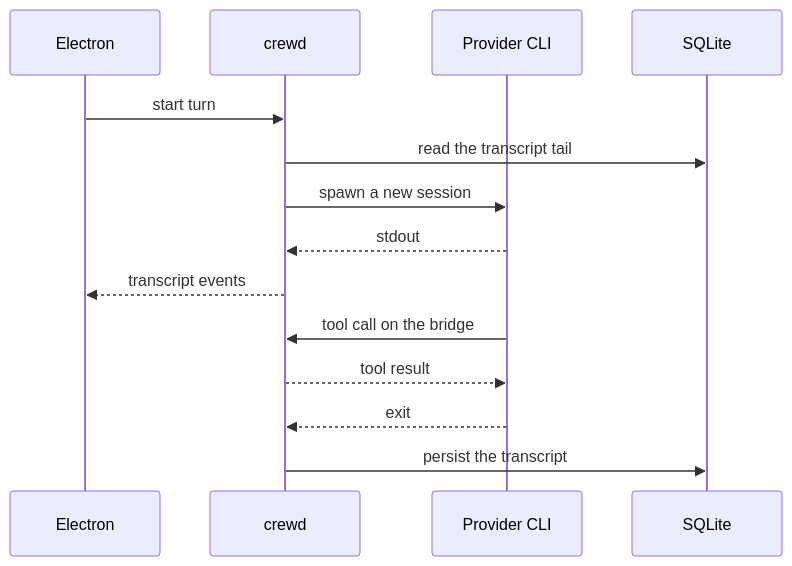
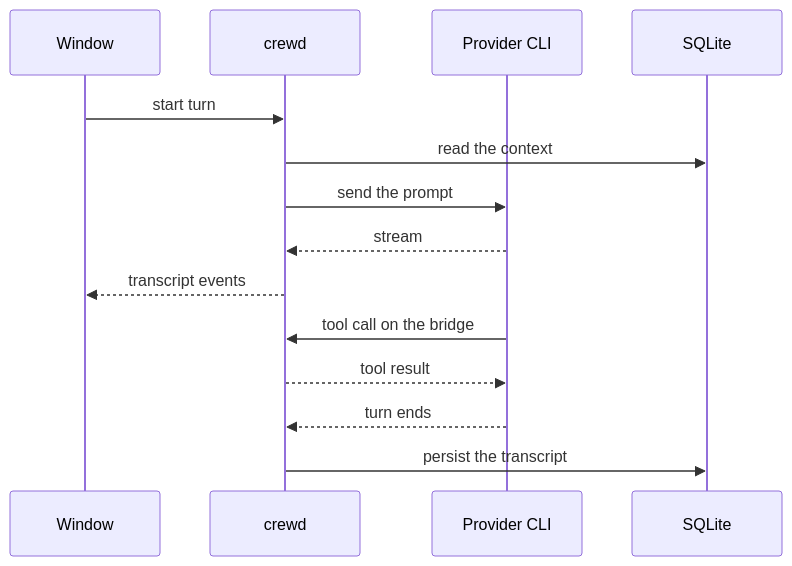
The third of 6 diagrams in docs/ARCHITECTURE.md (rogazth/crew), drawn with Mermaid before and after one commit. The commit also changed other lines of this file, not shown here.

Commit message:
docs: trim the architecture notes to the architecture and its diagrams

````diff
--- a/docs/ARCHITECTURE.md
+++ b/docs/ARCHITECTURE.md
@@ -78,17 +81,17 @@
 ```mermaid
 sequenceDiagram
-  participant UI as Electron
+  participant UI as Window
   participant D as crewd
   participant CLI as Provider CLI
   participant DB as SQLite
 
   UI->>D: start turn
-  D->>DB: read the transcript tail
-  D->>CLI: spawn a new session
-  CLI-->>D: stdout
+  D->>DB: read the context
+  D->>CLI: send the prompt
+  CLI-->>D: stream
   D-->>UI: transcript events
   CLI->>D: tool call on the bridge
   D-->>CLI: tool result
-  CLI-->>D: exit
+  CLI-->>D: turn ends
   D->>DB: persist the transcript
 ```
````
